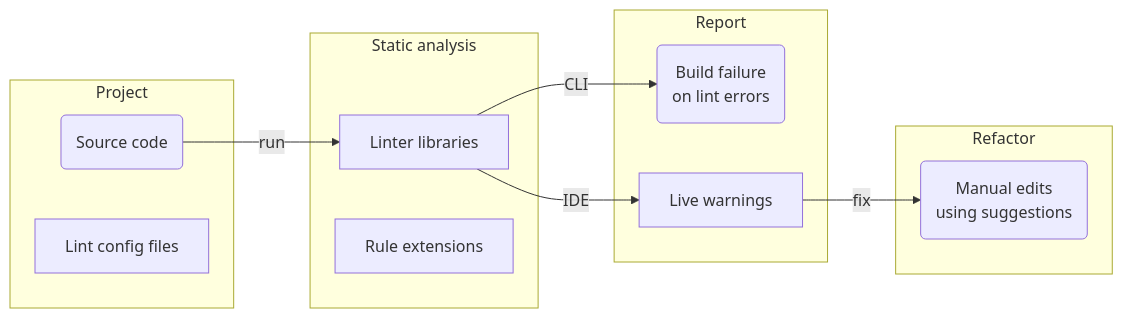
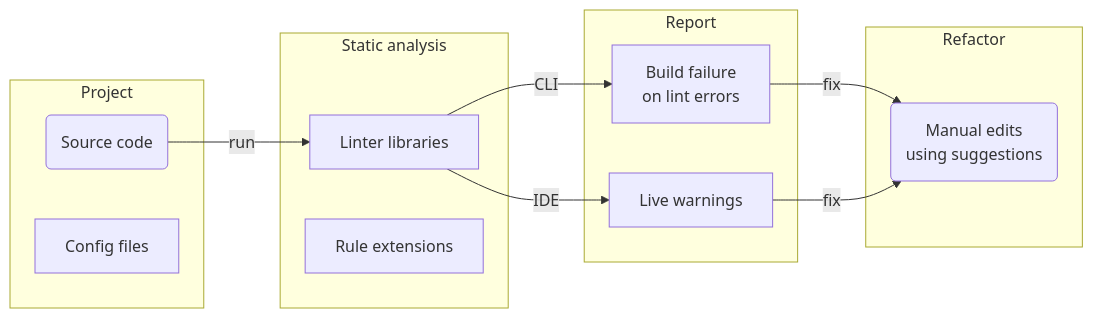
One commit to hanggrian/rulebook changed the diagram in website/docs/index.md. Above: the diagram before and after it, drawn with Mermaid. The commit also changed other lines of this file and 70 other files, not shown here.

````diff
--- a/website/docs/index.md
+++ b/website/docs/index.md
@@ -24,22 +23,23 @@
     ```mermaid
     flowchart LR
       subgraph "Project"
         src(Source code)
-        config[Lint config files]
+        config[Config files]
       end
       subgraph "Static analysis"
         linters[Linter libraries]
         extensions[Rule extensions]
       end
       subgraph "Report"
-        cli(Build failure<br>on lint errors)
+        cli[Build failure<br>on lint errors]
         ide[Live warnings]
       end
       subgraph "Refactor"
         manual(Manual edits<br>using suggestions)
       end
       src -- run --> linters
       linters -- CLI --> cli
       linters -- IDE --> ide
+      cli -- fix --> manual
       ide -- fix --> manual
     ```
````
